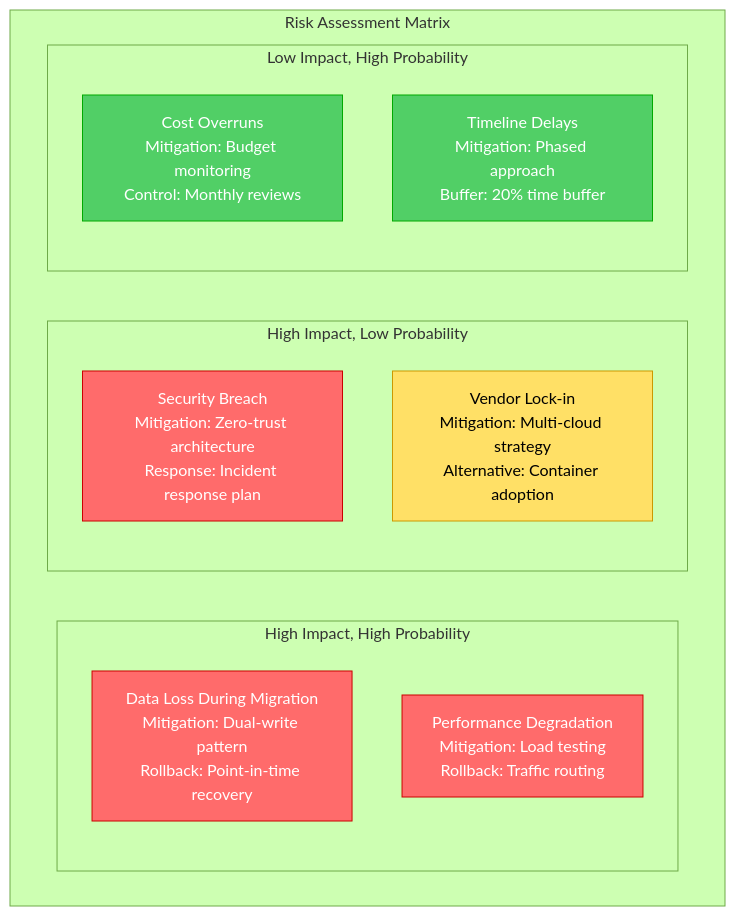
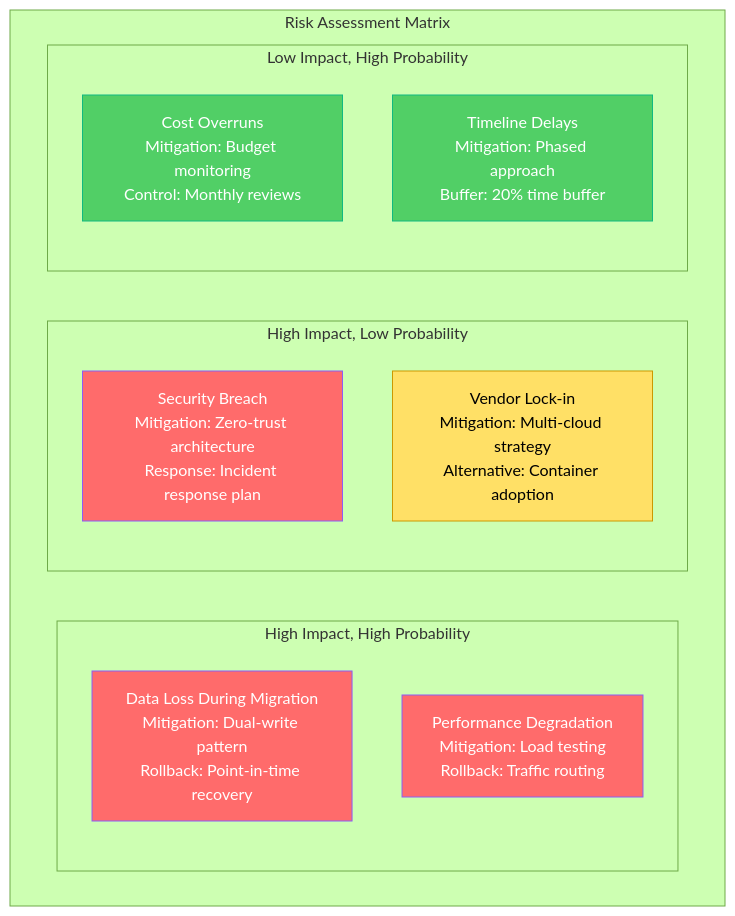
One commit to deepaucksharma/DS changed diagram 16 of 16 in site/docs/migrations/on-premise-to-cloud.md. Above: the diagram before and after it, drawn with Mermaid (forest theme). The commit also changed other lines of this file and 303 other files, not shown here.

````diff
--- a/site/docs/migrations/on-premise-to-cloud.md
+++ b/site/docs/migrations/on-premise-to-cloud.md
@@ -839,28 +839,28 @@
 ```mermaid
 graph TB
     subgraph "Risk Assessment Matrix"
         subgraph "High Impact, High Probability"
             DATA_LOSS[Data Loss During Migration<br/>Mitigation: Dual-write pattern<br/>Rollback: Point-in-time recovery]
             PERF_DEG[Performance Degradation<br/>Mitigation: Load testing<br/>Rollback: Traffic routing]
         end
 
         subgraph "High Impact, Low Probability"
             SEC_BREACH[Security Breach<br/>Mitigation: Zero-trust architecture<br/>Response: Incident response plan]
             VENDOR_LOCK[Vendor Lock-in<br/>Mitigation: Multi-cloud strategy<br/>Alternative: Container adoption]
         end
 
         subgraph "Low Impact, High Probability"
             COST_OVERRUN[Cost Overruns<br/>Mitigation: Budget monitoring<br/>Control: Monthly reviews]
             TIMELINE[Timeline Delays<br/>Mitigation: Phased approach<br/>Buffer: 20% time buffer]
         end
     end
 
     %% Apply colors based on risk level
-    classDef highRisk fill:#FF6B6B,stroke:#CC0000,color:#fff
+    classDef highRisk fill:#FF6B6B,stroke:#8B5CF6,color:#fff
     classDef mediumRisk fill:#FFE066,stroke:#CC9900,color:#000
-    classDef lowRisk fill:#51CF66,stroke:#00AA00,color:#fff
+    classDef lowRisk fill:#51CF66,stroke:#10B981,color:#fff
 
     class DATA_LOSS,PERF_DEG,SEC_BREACH highRisk
     class VENDOR_LOCK mediumRisk
     class COST_OVERRUN,TIMELINE lowRisk
 ```
````
